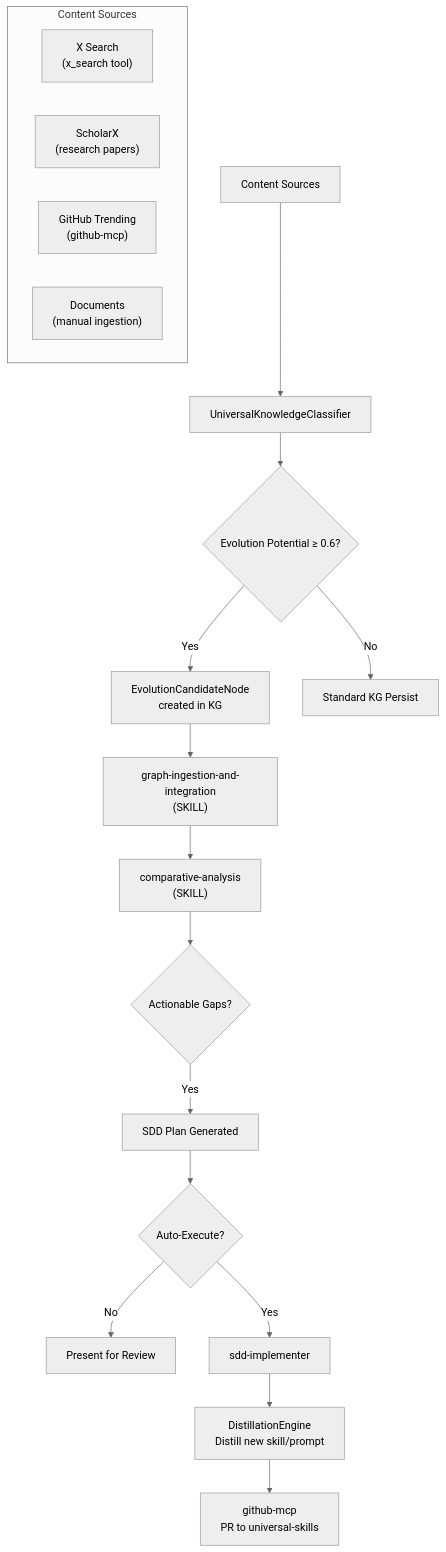
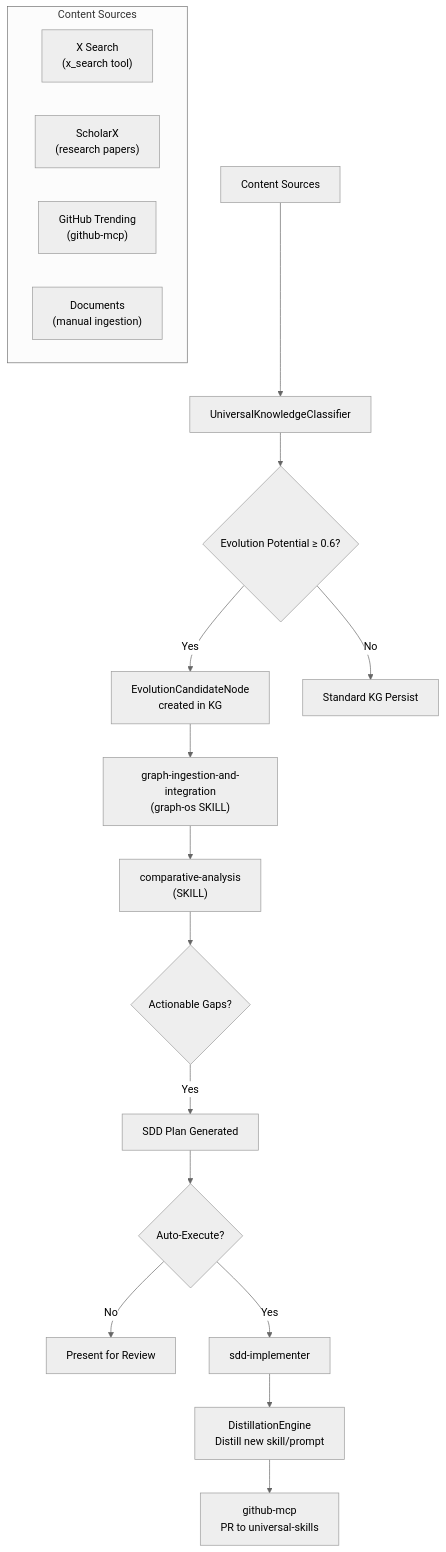
Before and after one commit to Knuckles-Team/agent-utilities: the diagram in docs/guides/knowledge-assimilation.md, drawn with Mermaid (neutral theme). The commit also changed 87 other files, not shown here.

````diff
--- a/docs/guides/knowledge-assimilation.md
+++ b/docs/guides/knowledge-assimilation.md
@@ -20,23 +20,23 @@
 ```mermaid
 graph TD
     A["Content Sources"] --> B["UniversalKnowledgeClassifier"]
     B --> C{Evolution Potential ≥ 0.6?}
     C -->|Yes| D["EvolutionCandidateNode\ncreated in KG"]
-    D --> E["graph-ingestion-and-integration\n(SKILL)"]
+    D --> E["graph-ingestion-and-integration\n(graph-os SKILL)"]
     E --> F["comparative-analysis\n(SKILL)"]
     F --> G{Actionable Gaps?}
     G -->|Yes| H["SDD Plan Generated"]
     H --> I{Auto-Execute?}
     I -->|No| J["Present for Review"]
     I -->|Yes| K["sdd-implementer"]
     K --> L["DistillationEngine\nDistill new skill/prompt"]
     L --> M["github-mcp\nPR to universal-skills"]
     C -->|No| N["Standard KG Persist"]
 
     subgraph "Content Sources"
         S1["X Search\n(x_search tool)"]
         S2["ScholarX\n(research papers)"]
         S3["GitHub Trending\n(github-mcp)"]
         S4["Documents\n(manual ingestion)"]
     end
 ```
````
